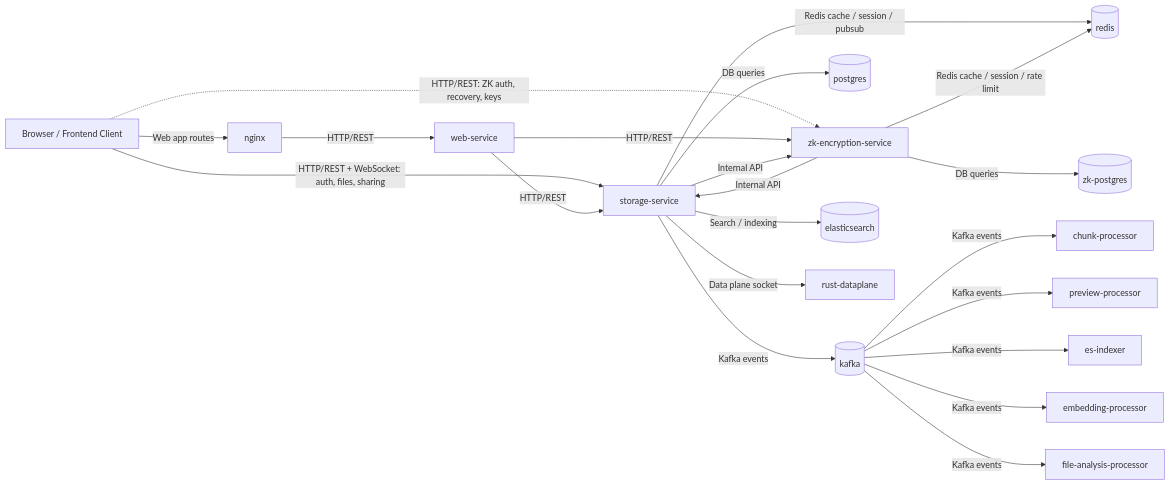
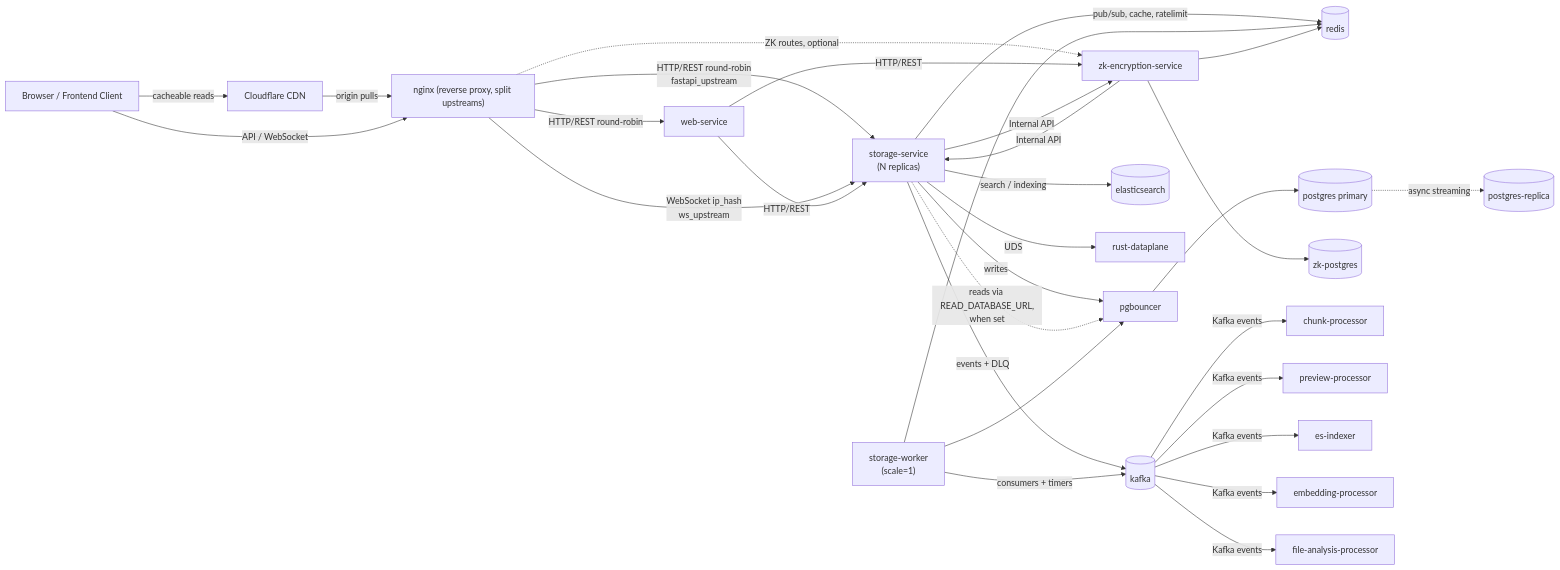
Before and after one commit to Immanuel043/edge_cloud_storage_09: the second of 4 diagrams in docs/architecture/CURRENT_ARCHITECTURE.md, drawn with Mermaid. The commit also changed other lines of this file and 1 other file, not shown here.

````diff
--- a/docs/architecture/CURRENT_ARCHITECTURE.md
+++ b/docs/architecture/CURRENT_ARCHITECTURE.md
@@ -88,46 +119,60 @@
 ```mermaid
 flowchart LR
     browser["Browser / Frontend Client"]
-    nginx["nginx"]
+    cdn["Cloudflare CDN"]
+    nginx["nginx (reverse proxy, split upstreams)"]
     web_service["web-service"]
-    storage_service["storage-service"]
+    storage_service["storage-service<br/>(N replicas)"]
+    storage_worker["storage-worker<br/>(scale=1)"]
     zk_service["zk-encryption-service"]
     redis[(redis)]
-    postgres[(postgres)]
+    pgbouncer["pgbouncer"]
+    postgres[(postgres primary)]
+    postgres_replica[(postgres-replica)]
     zk_postgres[(zk-postgres)]
     kafka[(kafka)]
     elasticsearch[(elasticsearch)]
     rust_dataplane["rust-dataplane"]
     chunk_processor["chunk-processor"]
     preview_processor["preview-processor"]
     es_indexer["es-indexer"]
     embedding_processor["embedding-processor"]
     file_analysis_processor["file-analysis-processor"]
 
-    browser -->|Web app routes| nginx
-    nginx -->|HTTP/REST| web_service
+    browser -->|cacheable reads| cdn
+    cdn -->|origin pulls| nginx
+    browser -->|API / WebSocket| nginx
 
-    browser -->|HTTP/REST + WebSocket: auth, files, sharing| storage_service
-    browser -.->|HTTP/REST: ZK auth, recovery, keys| zk_service
+    nginx -->|HTTP/REST round-robin| web_service
+    nginx -->|HTTP/REST round-robin<br/>fastapi_upstream| storage_service
+    nginx -->|WebSocket ip_hash<br/>ws_upstream| storage_service
+    nginx -.->|ZK routes, optional| zk_service
 
     web_service -->|HTTP/REST| storage_service
     web_service -->|HTTP/REST| zk_service
 
     storage_service -->|Internal API| zk_service
     zk_service -->|Internal API| storage_service
 
-    storage_service -->|Redis cache / session / pubsub| redis
-    storage_service -->|DB queries| postgres
-    storage_service -->|Kafka events| kafka
-    storage_service -->|Search / indexing| elasticsearch
-    storage_service -->|Data plane socket| rust_dataplane
+    storage_service -->|writes| pgbouncer
+    storage_service -.->|reads via READ_DATABASE_URL,<br/>when set| pgbouncer
+    pgbouncer --> postgres
+    postgres -.->|async streaming| postgres_replica
+    storage_service -->|pub/sub, cache, ratelimit| redis
+    storage_service -->|events + DLQ| kafka
+    storage_service -->|search / indexing| elasticsearch
+    storage_service -->|UDS| rust_dataplane
 
-    zk_service -->|Redis cache / session / rate limit| redis
-    zk_service -->|DB queries| zk_postgres
+    storage_worker -->|consumers + timers| kafka
+    storage_worker --> pgbouncer
+    storage_worker --> redis
+
+    zk_service --> redis
+    zk_service --> zk_postgres
 
     kafka -->|Kafka events| chunk_processor
     kafka -->|Kafka events| preview_processor
     kafka -->|Kafka events| es_indexer
     kafka -->|Kafka events| embedding_processor
     kafka -->|Kafka events| file_analysis_processor
 ```
````
